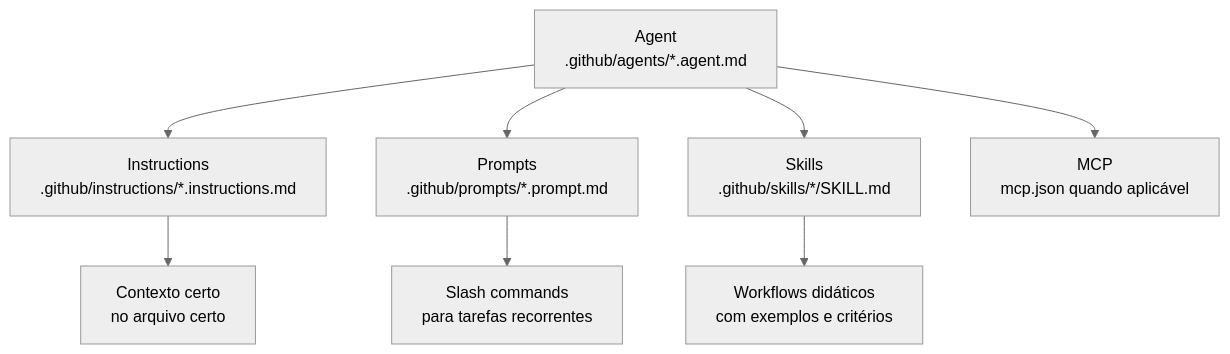
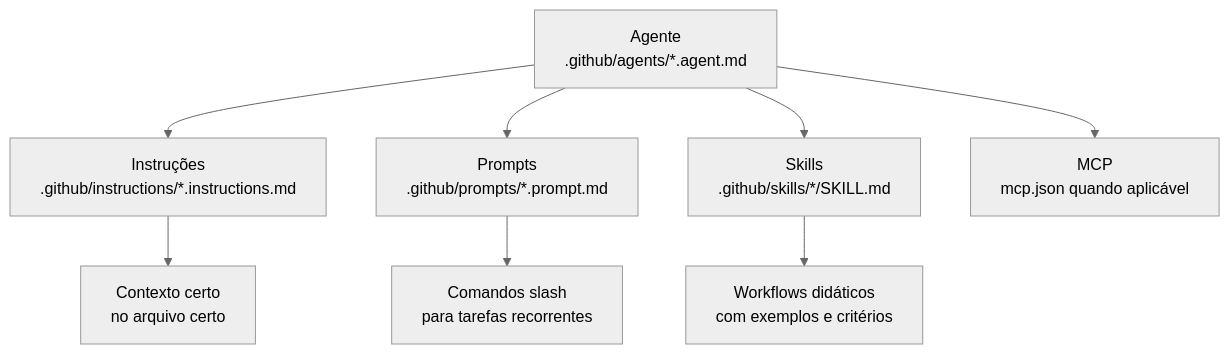
Before and after one commit to paulasilvatech/hackathon-datacorp-team-kit: the diagram in pt-br/docs/4-agents-explained.md, drawn with Mermaid (neutral theme). The commit also changed other lines of this file and 172 other files, not shown here.

````diff
--- a/pt-br/docs/4-agents-explained.md
+++ b/pt-br/docs/4-agents-explained.md
@@ -39,10 +39,10 @@
 ```mermaid
 flowchart TB
-    AG[Agent<br/>.github/agents/*.agent.md] --> INS[Instructions<br/>.github/instructions/*.instructions.md]
+    AG[Agente<br/>.github/agents/*.agent.md] --> INS[Instruções<br/>.github/instructions/*.instructions.md]
     AG --> PR[Prompts<br/>.github/prompts/*.prompt.md]
     AG --> SK[Skills<br/>.github/skills/*/SKILL.md]
     AG --> MCP[MCP<br/>mcp.json quando aplicável]
     INS --> CTX[Contexto certo<br/>no arquivo certo]
-    PR --> CMD[Slash commands<br/>para tarefas recorrentes]
+    PR --> CMD[Comandos slash<br/>para tarefas recorrentes]
     SK --> WF[Workflows didáticos<br/>com exemplos e critérios]
 ```
````
